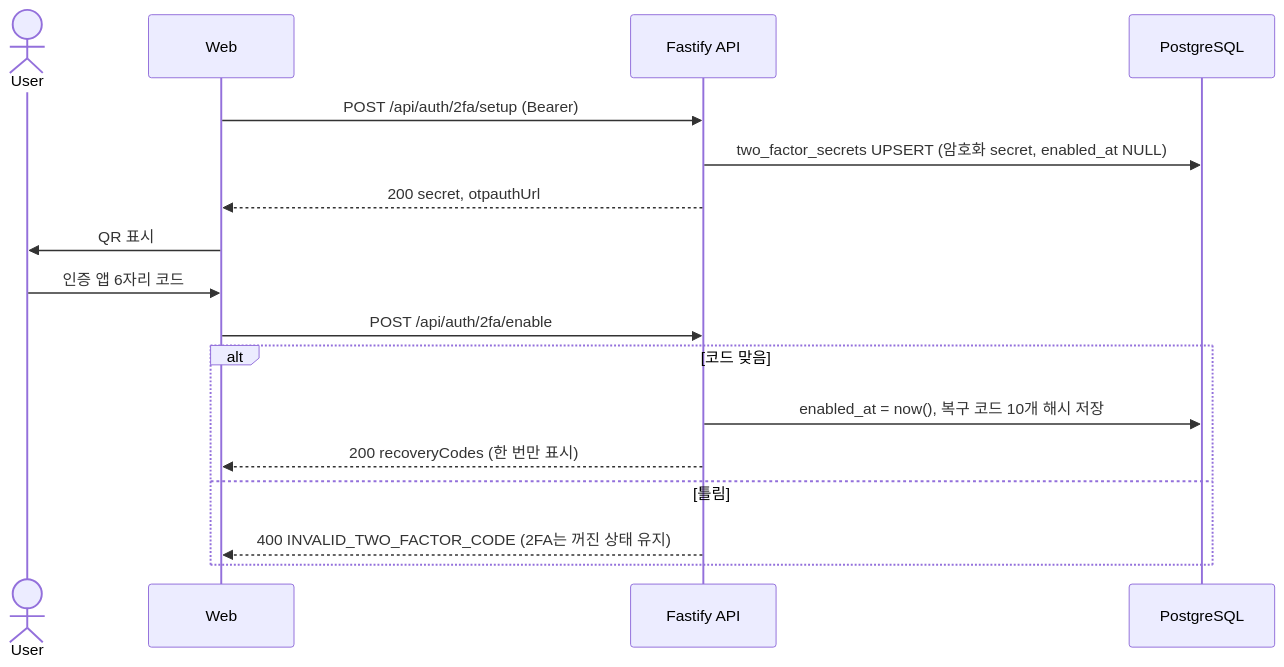
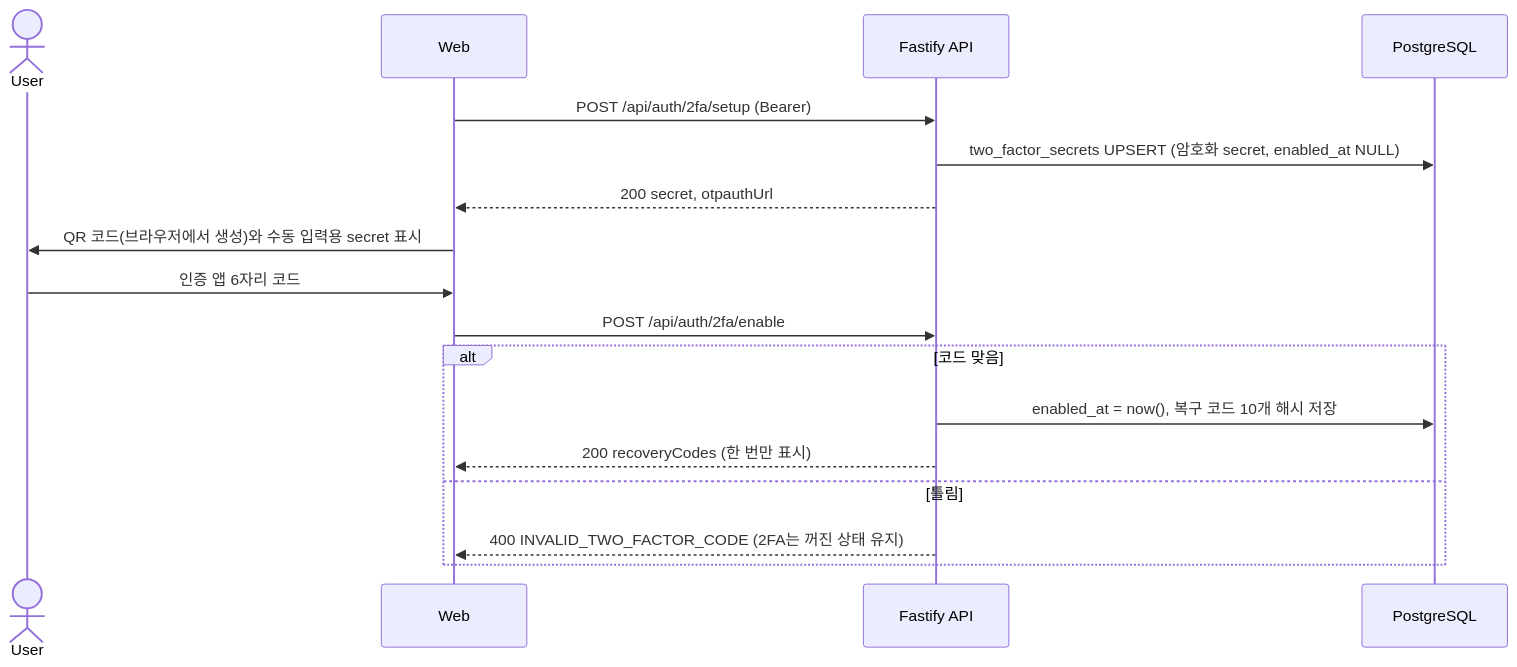
One commit to EscapeFromGyeongsan/ft_transcendence changed diagram 14 of 53 in Document/SDS.md. Above: the diagram before and after it, drawn with Mermaid. The commit also changed other lines of this file and 4 other files, not shown here.

````diff
--- a/Document/SDS.md
+++ b/Document/SDS.md
@@ -1209,20 +1209,20 @@
 ```mermaid
 sequenceDiagram
     actor U as User
     participant W as Web
     participant A as Fastify API
     participant DB as PostgreSQL
 
     W->>A: POST /api/auth/2fa/setup (Bearer)
     A->>DB: two_factor_secrets UPSERT (암호화 secret, enabled_at NULL)
     A-->>W: 200 secret, otpauthUrl
-    W->>U: QR 표시
+    W->>U: QR 코드(브라우저에서 생성)와 수동 입력용 secret 표시
     U->>W: 인증 앱 6자리 코드
     W->>A: POST /api/auth/2fa/enable
     alt 코드 맞음
         A->>DB: enabled_at = now(), 복구 코드 10개 해시 저장
         A-->>W: 200 recoveryCodes (한 번만 표시)
     else 틀림
         A-->>W: 400 INVALID_TWO_FACTOR_CODE (2FA는 꺼진 상태 유지)
     end
 ```
````
